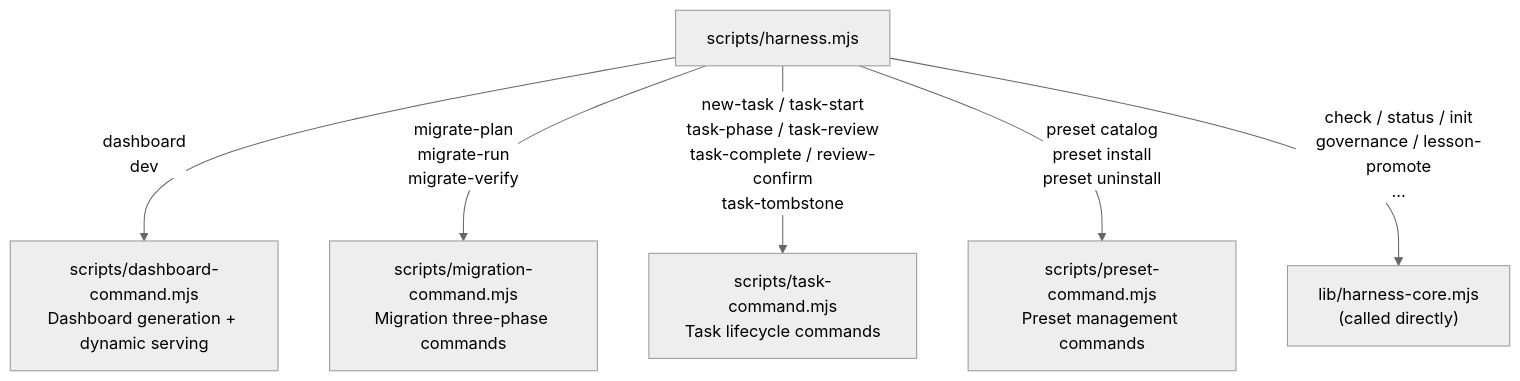
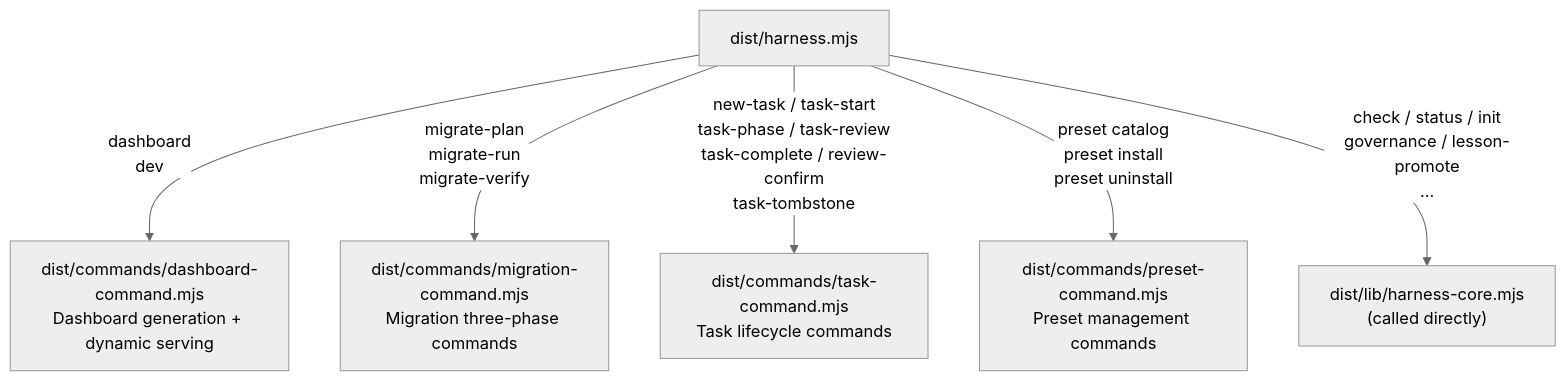
One commit to FairladyZ625/coding-agent-harness changed the second of 10 diagrams in docs-release/architecture/system-explainer/en-US/02-module-dependency.md. Above: the diagram before and after it, drawn with Mermaid (neutral theme). The commit also changed other lines of this file and 155 other files, not shown here.

````diff
--- a/docs-release/architecture/system-explainer/en-US/02-module-dependency.md
+++ b/docs-release/architecture/system-explainer/en-US/02-module-dependency.md
@@ -20,10 +20,10 @@
 ```mermaid
 flowchart TD
-  Entry["scripts/harness.mjs"]
+  Entry["dist/harness.mjs"]
 
-  Entry -->|"dashboard\ndev"| DashCmd["scripts/dashboard-command.mjs\nDashboard generation + dynamic serving"]
-  Entry -->|"migrate-plan\nmigrate-run\nmigrate-verify"| MigCmd["scripts/migration-command.mjs\nMigration three-phase commands"]
-  Entry -->|"new-task / task-start\ntask-phase / task-review\ntask-complete / review-confirm\ntask-tombstone"| TaskCmd["scripts/task-command.mjs\nTask lifecycle commands"]
-  Entry -->|"preset catalog\npreset install\npreset uninstall"| PresetCmd["scripts/preset-command.mjs\nPreset management commands"]
-  Entry -->|"check / status / init\ngovernance / lesson-promote\n..."| Core["lib/harness-core.mjs\n(called directly)"]
+  Entry -->|"dashboard\ndev"| DashCmd["dist/commands/dashboard-command.mjs\nDashboard generation + dynamic serving"]
+  Entry -->|"migrate-plan\nmigrate-run\nmigrate-verify"| MigCmd["dist/commands/migration-command.mjs\nMigration three-phase commands"]
+  Entry -->|"new-task / task-start\ntask-phase / task-review\ntask-complete / review-confirm\ntask-tombstone"| TaskCmd["dist/commands/task-command.mjs\nTask lifecycle commands"]
+  Entry -->|"preset catalog\npreset install\npreset uninstall"| PresetCmd["dist/commands/preset-command.mjs\nPreset management commands"]
+  Entry -->|"check / status / init\ngovernance / lesson-promote\n..."| Core["dist/lib/harness-core.mjs\n(called directly)"]
 ```
````
